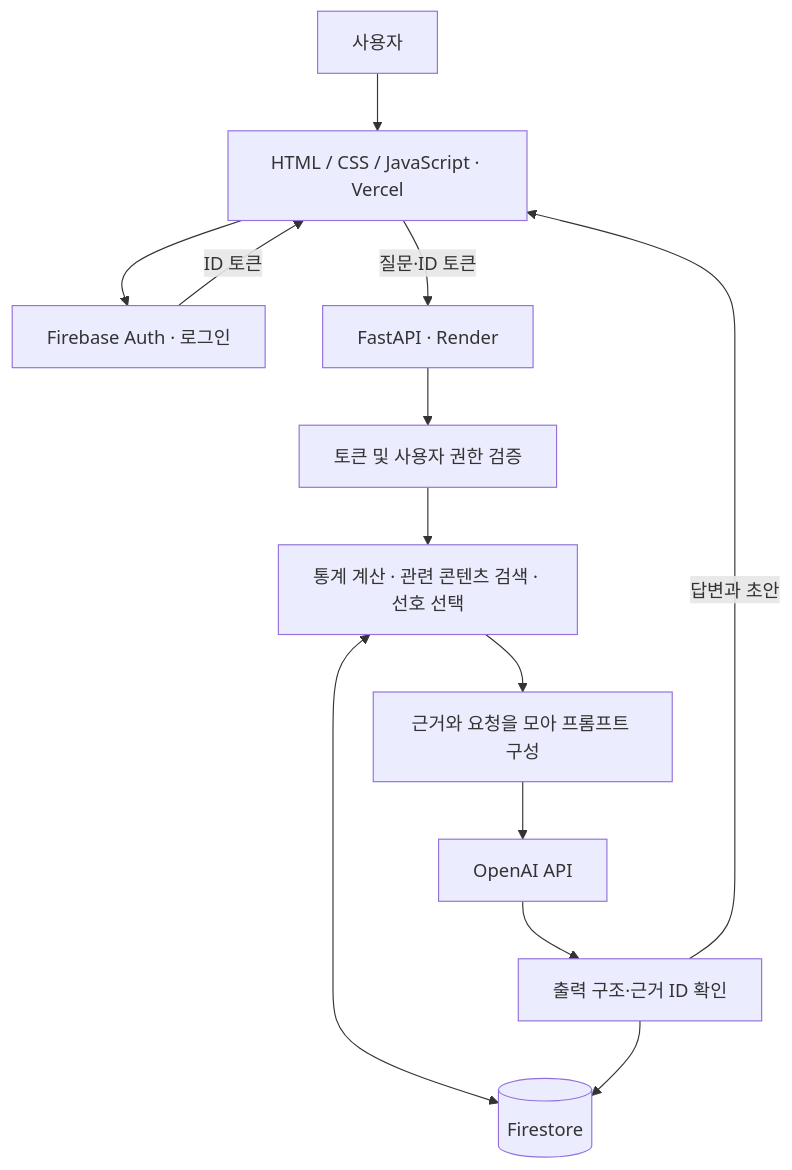
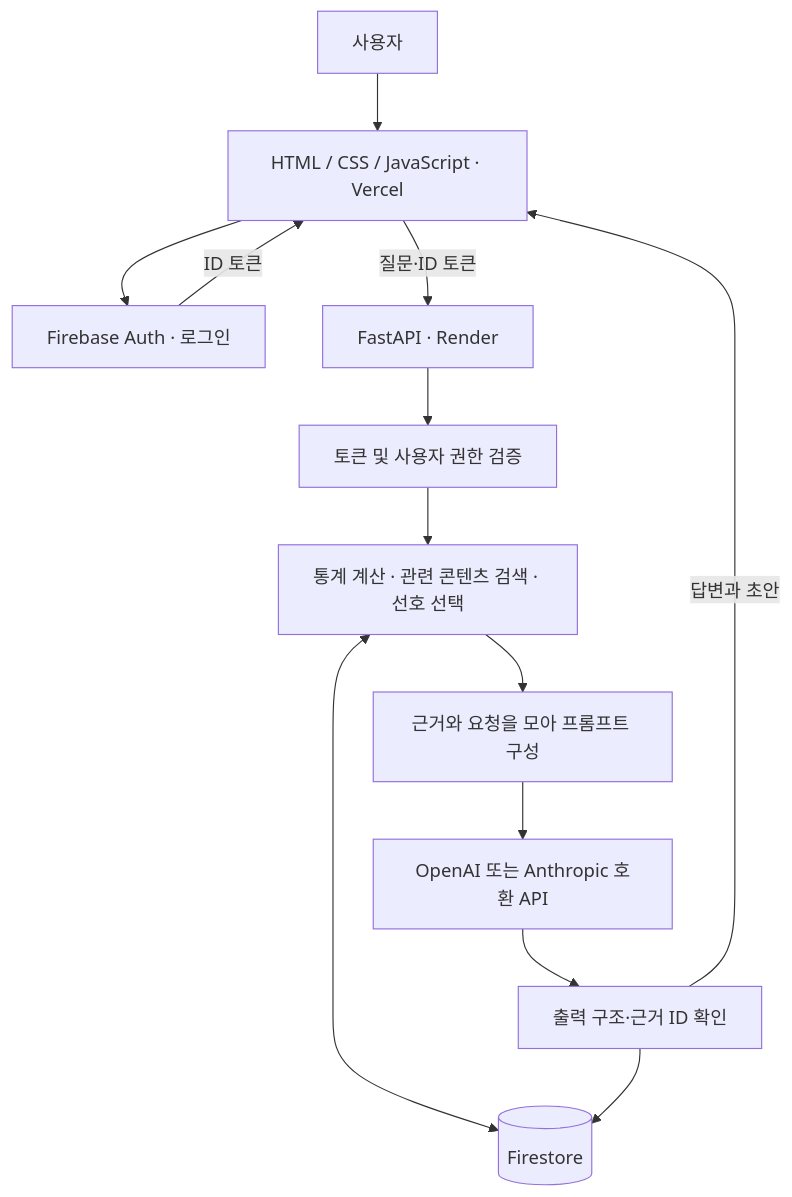
The diagram in docs/architecture.md (gaori2952/M1-2), drawn with Mermaid before and after one commit. The commit also changed other lines of this file and 2 other files, not shown here.

Commit message:
docs: 실제 연결 검증 결과와 설정 안내

````diff
--- a/docs/architecture.md
+++ b/docs/architecture.md
@@ -15,15 +15,15 @@
 ```mermaid
 flowchart TD
     U[사용자] --> W[HTML / CSS / JavaScript · Vercel]
     W --> A[Firebase Auth · 로그인]
     A -->|ID 토큰| W
     W -->|질문·ID 토큰| B[FastAPI · Render]
     B --> V[토큰 및 사용자 권한 검증]
     V --> S[통계 계산 · 관련 콘텐츠 검색 · 선호 선택]
     S <--> F[(Firestore)]
     S --> P[근거와 요청을 모아 프롬프트 구성]
-    P --> G[OpenAI API]
+    P --> G[OpenAI 또는 Anthropic 호환 API]
     G --> C[출력 구조·근거 ID 확인]
     C --> F
     C -->|답변과 초안| W
 ```
````
